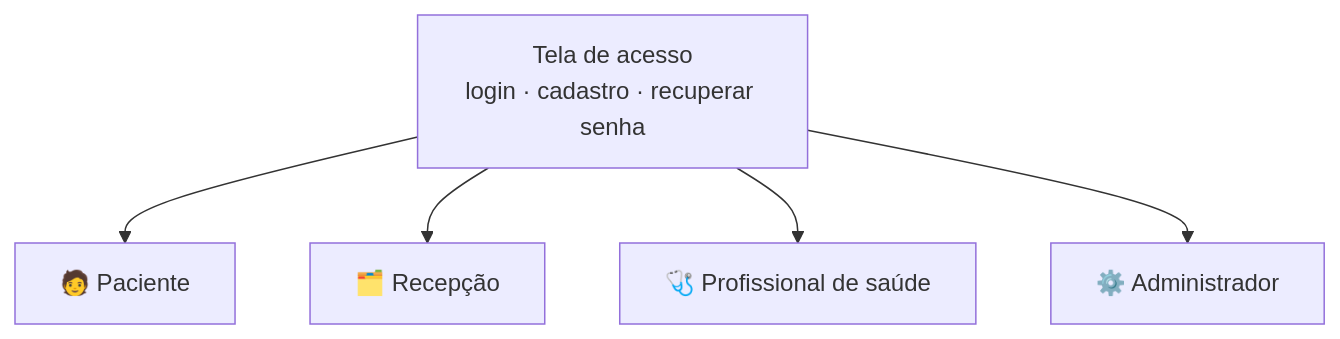
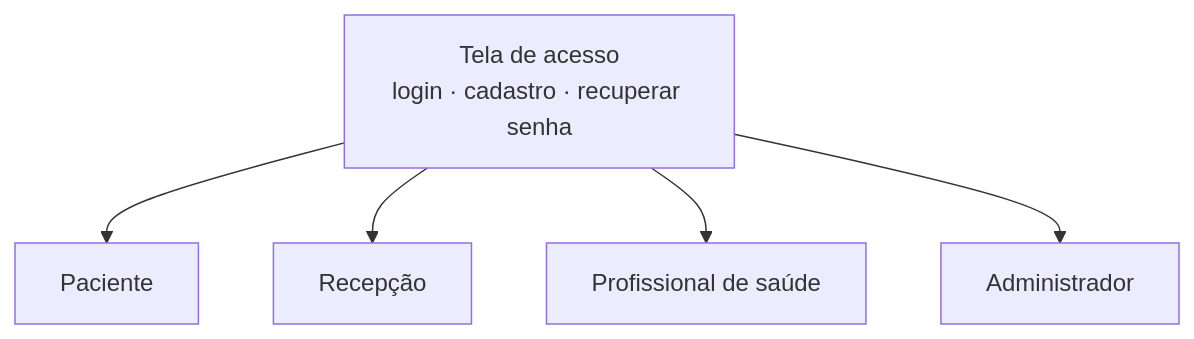
The first of 2 diagrams in README.md (clinica-consulta/clinica-frontend), drawn with Mermaid before and after one commit. The commit also changed other lines of this file and 3 other files, not shown here.

````diff
--- a/README.md
+++ b/README.md
@@ -38,7 +38,7 @@
 ```mermaid
 flowchart TD
-    L[Tela de acesso<br/>login · cadastro · recuperar senha] --> P[🧑 Paciente]
-    L --> R[🗂️ Recepção]
-    L --> M[🩺 Profissional de saúde]
-    L --> A[⚙️ Administrador]
+    L[Tela de acesso<br/>login · cadastro · recuperar senha] --> P[Paciente]
+    L --> R[Recepção]
+    L --> M[Profissional de saúde]
+    L --> A[Administrador]
 ```
````
